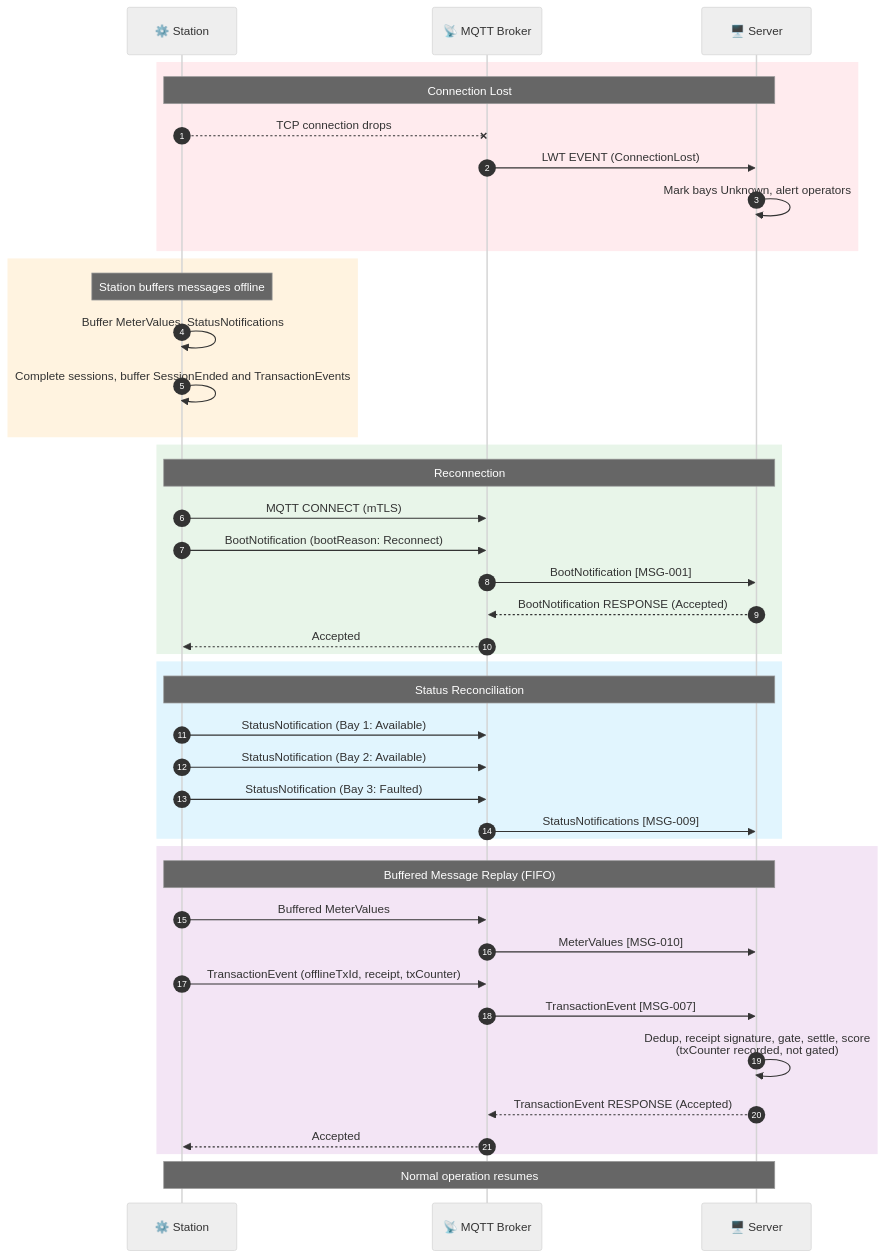
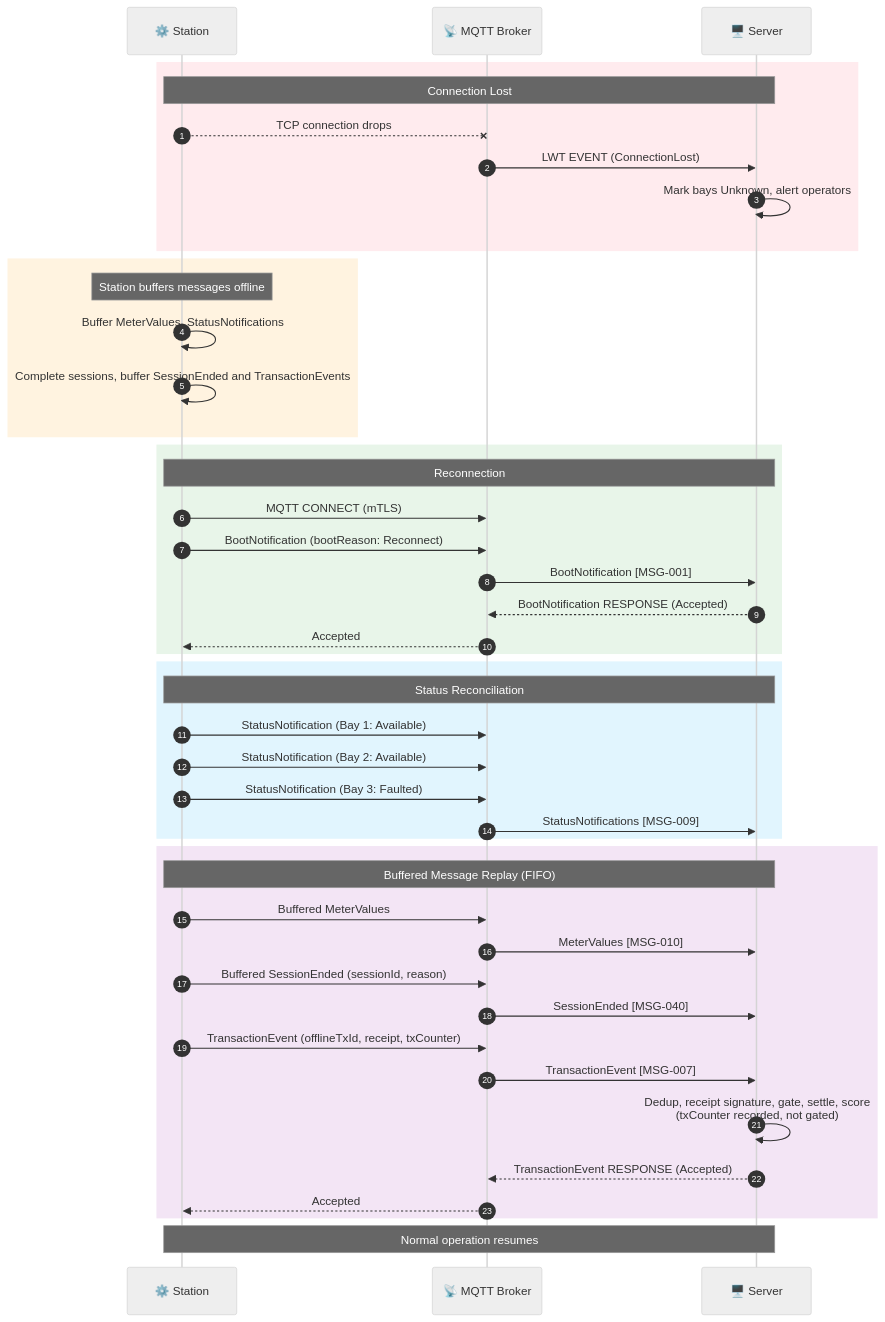
The seventh of 7 diagrams in diagrams/README.md (ospp-org/spec), drawn with Mermaid (neutral theme) before and after one commit. The commit also changed 12 other files, not shown here.

````diff
--- a/diagrams/README.md
+++ b/diagrams/README.md
@@ -303,51 +303,53 @@
 ```mermaid
 sequenceDiagram
     autonumber
 
     participant Station as ⚙️ Station
     participant Broker as 📡 MQTT Broker
     participant Server as 🖥️ Server
 
     rect rgb(255, 235, 238)
         Note over Station,Server: Connection Lost
         Station--xBroker: TCP connection drops
         Broker->>Server: LWT EVENT (ConnectionLost)
         Server->>Server: Mark bays Unknown, alert operators
     end
 
     rect rgb(255, 243, 224)
         Note over Station: Station buffers messages offline
         Station->>Station: Buffer MeterValues, StatusNotifications
         Station->>Station: Complete sessions, buffer SessionEnded and TransactionEvents
     end
 
     rect rgb(232, 245, 233)
         Note over Station,Server: Reconnection
         Station->>Broker: MQTT CONNECT (mTLS)
         Station->>Broker: BootNotification (bootReason: Reconnect)
         Broker->>Server: BootNotification [MSG-001]
         Server-->>Broker: BootNotification RESPONSE (Accepted)
         Broker-->>Station: Accepted
     end
 
     rect rgb(225, 245, 254)
         Note over Station,Server: Status Reconciliation
         Station->>Broker: StatusNotification (Bay 1: Available)
         Station->>Broker: StatusNotification (Bay 2: Available)
         Station->>Broker: StatusNotification (Bay 3: Faulted)
         Broker->>Server: StatusNotifications [MSG-009]
     end
 
     rect rgb(243, 229, 245)
         Note over Station,Server: Buffered Message Replay (FIFO)
         Station->>Broker: Buffered MeterValues
         Broker->>Server: MeterValues [MSG-010]
+        Station->>Broker: Buffered SessionEnded (sessionId, reason)
+        Broker->>Server: SessionEnded [MSG-040]
         Station->>Broker: TransactionEvent (offlineTxId, receipt, txCounter)
         Broker->>Server: TransactionEvent [MSG-007]
         Server->>Server: Dedup, receipt signature, gate, settle, score<br/>(txCounter recorded, not gated)
         Server-->>Broker: TransactionEvent RESPONSE (Accepted)
         Broker-->>Station: Accepted
     end
 
     Note over Station,Server: Normal operation resumes
 ```
````
